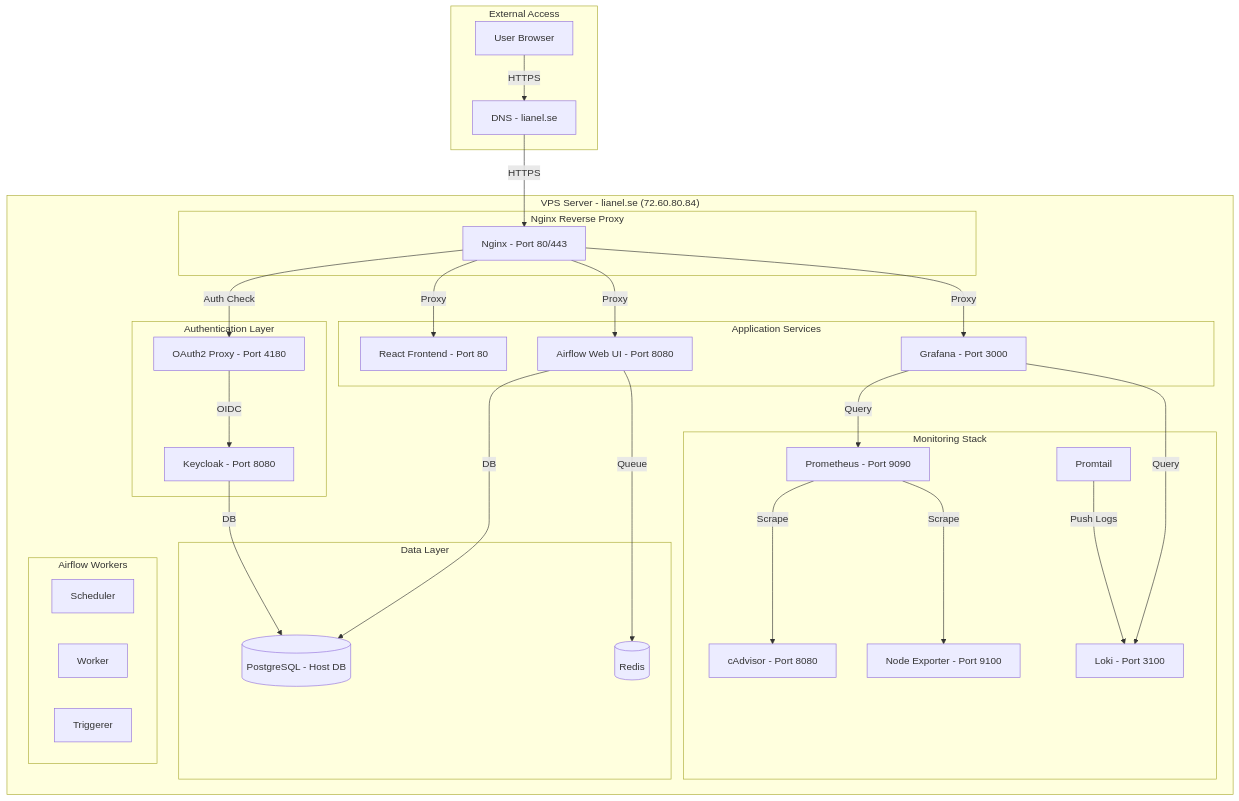
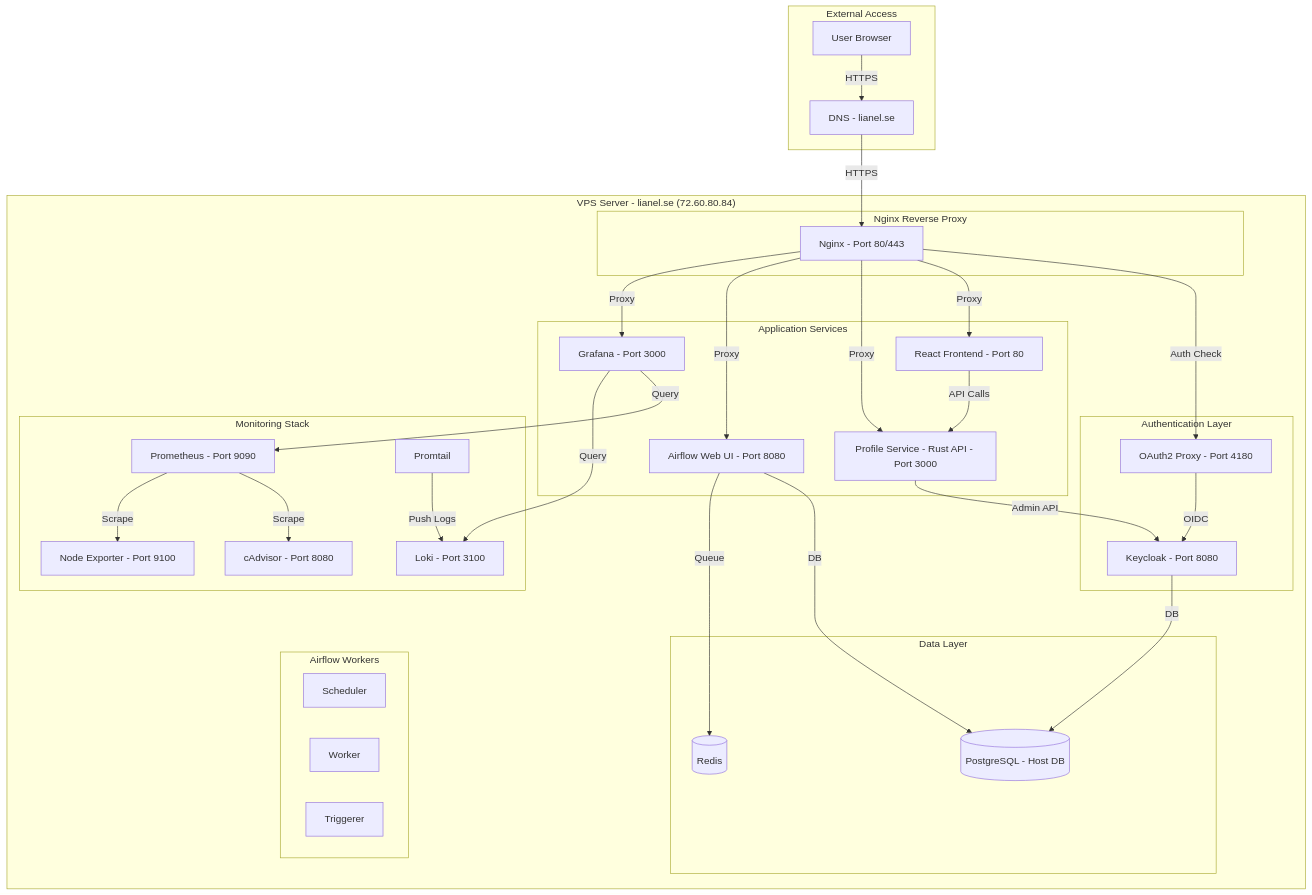
The first of 4 diagrams in lianel/docs/P0-01-SYSTEM-OVERVIEW.md (NimaLAN74/hosting-base), drawn with Mermaid before and after one commit. The commit also changed other lines of this file and 26 other files, not shown here.

First line of the commit message:
Add Profile Service: Rust backend API with OpenAPI/Swagger UI

````diff
--- a/lianel/docs/P0-01-SYSTEM-OVERVIEW.md
+++ b/lianel/docs/P0-01-SYSTEM-OVERVIEW.md
@@ -9,61 +9,65 @@
 ```mermaid
 graph TB
     subgraph "External Access"
         User[User Browser]
         DNS[DNS - lianel.se]
     end
     
     subgraph "VPS Server - lianel.se (72.60.80.84)"
         subgraph "Nginx Reverse Proxy"
             Nginx[Nginx - Port 80/443]
         end
         
         subgraph "Authentication Layer"
             OAuth2[OAuth2 Proxy - Port 4180]
             Keycloak[Keycloak - Port 8080]
         end
         
         subgraph "Application Services"
             Frontend[React Frontend - Port 80]
+            ProfileService[Profile Service - Rust API - Port 3000]
             Airflow[Airflow Web UI - Port 8080]
             Grafana[Grafana - Port 3000]
         end
         
         subgraph "Monitoring Stack"
             Prometheus[Prometheus - Port 9090]
             Loki[Loki - Port 3100]
             Promtail[Promtail]
             cAdvisor[cAdvisor - Port 8080]
             NodeExporter[Node Exporter - Port 9100]
         end
         
         subgraph "Data Layer"
             Postgres[(PostgreSQL - Host DB)]
             Redis[(Redis)]
         end
         
         subgraph "Airflow Workers"
             AirflowScheduler[Scheduler]
             AirflowWorker[Worker]
             AirflowTriggerer[Triggerer]
         end
     end
     
     User -->|HTTPS| DNS
     DNS -->|HTTPS| Nginx
     Nginx -->|Auth Check| OAuth2
     OAuth2 -->|OIDC| Keycloak
     Nginx -->|Proxy| Frontend
+    Nginx -->|Proxy| ProfileService
+    Frontend -->|API Calls| ProfileService
+    ProfileService -->|Admin API| Keycloak
     Nginx -->|Proxy| Airflow
     Nginx -->|Proxy| Grafana
     
     Grafana -->|Query| Prometheus
     Grafana -->|Query| Loki
     Prometheus -->|Scrape| cAdvisor
     Prometheus -->|Scrape| NodeExporter
     Promtail -->|Push Logs| Loki
     
     Airflow -->|DB| Postgres
     Airflow -->|Queue| Redis
     Keycloak -->|DB| Postgres
 ```
````
